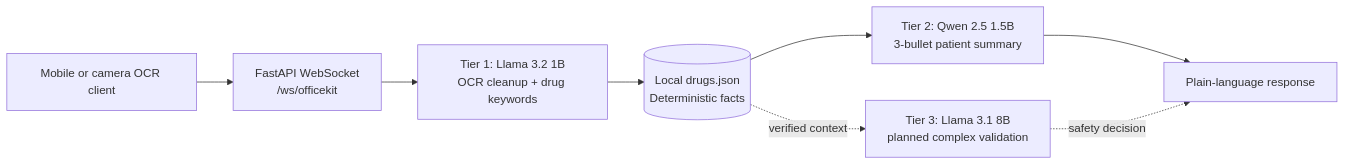
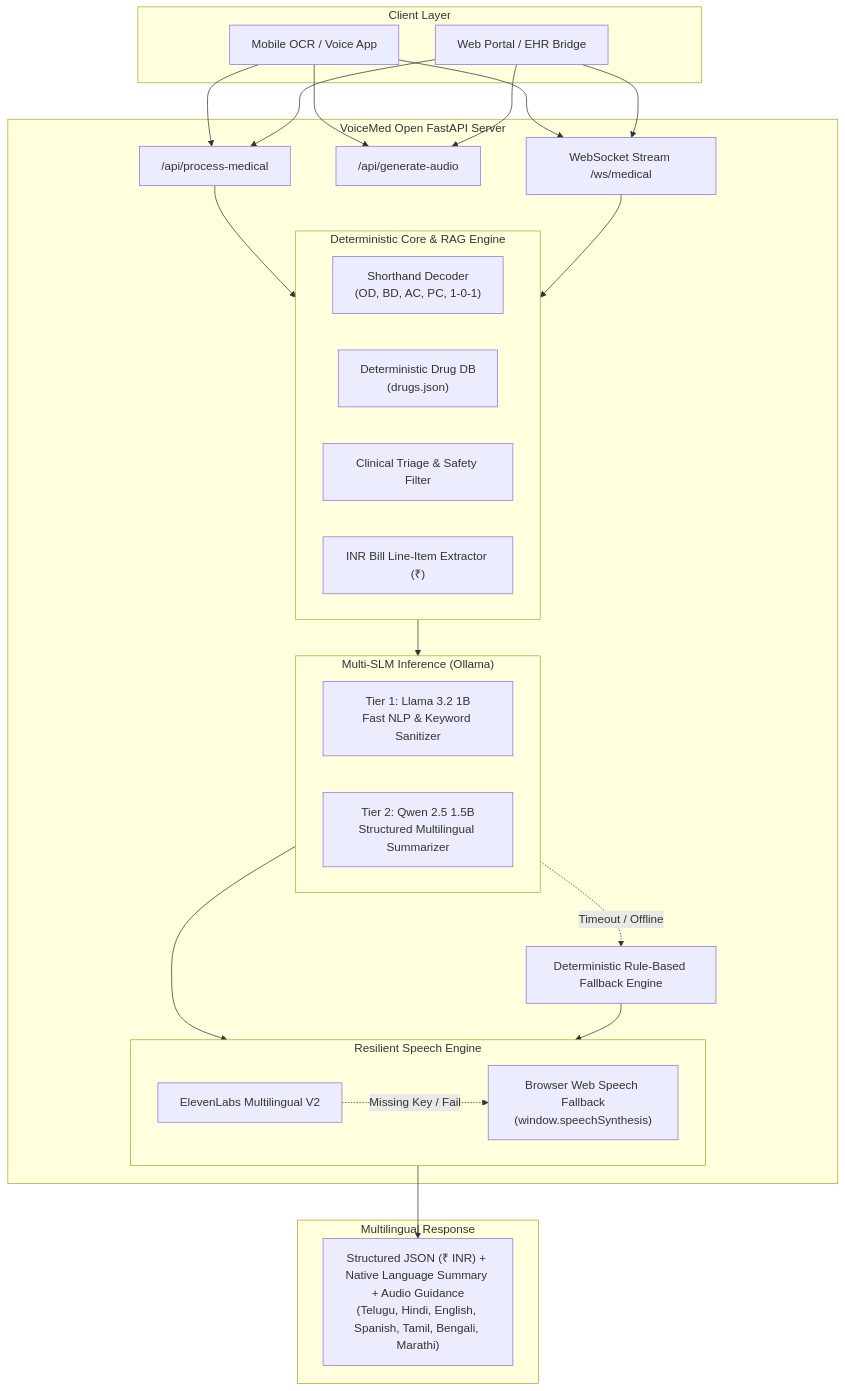
The second of 2 diagrams in README.md (flashvenkat/CircuitHealth-AI), drawn with Mermaid before and after one commit. The commit also changed other lines of this file and 9 other files, not shown here.

````diff
--- a/README.md
+++ b/README.md
@@ -11,10 +95,44 @@
 ```mermaid
-flowchart LR
-    M[Mobile or camera OCR client] --> WS[FastAPI WebSocket\n/ws/officekit]
-    WS --> T1[Tier 1: Llama 3.2 1B\nOCR cleanup + drug keywords]
-    T1 --> RAG[(Local drugs.json\nDeterministic facts)]
-    RAG --> T2[Tier 2: Qwen 2.5 1.5B\n3-bullet patient summary]
-    T2 --> OUT[Plain-language response]
-    RAG -. verified context .-> T3[Tier 3: Llama 3.1 8B\nplanned complex validation]
-    T3 -. safety decision .-> OUT
+flowchart TD
+    subgraph Client ["Client Layer"]
+        A[Mobile OCR / Voice App]
+        B[Web Portal / EHR Bridge]
+    end
+
+    subgraph Backend ["VoiceMed Open FastAPI Server"]
+        Router["/api/process-medical"]
+        AudioRouter["/api/generate-audio"]
+        WS["WebSocket Stream /ws/medical"]
+        
+        subgraph CoreEngine ["Deterministic Core & RAG Engine"]
+            ShorthandEngine["Shorthand Decoder\n(OD, BD, AC, PC, 1-0-1)"]
+            LocalRAG["Deterministic Drug DB\n(drugs.json)"]
+            TriageRules["Clinical Triage & Safety Filter"]
+            BillParser["INR Bill Line-Item Extractor (₹)"]
+        end
+
+        subgraph SLM ["Multi-SLM Inference (Ollama)"]
+            T1["Tier 1: Llama 3.2 1B\nFast NLP & Keyword Sanitizer"]
+            T2["Tier 2: Qwen 2.5 1.5B\nStructured Multilingual Summarizer"]
+        end
+
+        subgraph AudioGen ["Resilient Speech Engine"]
+            EL["ElevenLabs Multilingual V2"]
+            WSF["Browser Web Speech Fallback\n(window.speechSynthesis)"]
+        end
+
+        Fallback["Deterministic Rule-Based Fallback Engine"]
+    end
+
+    subgraph Output ["Multilingual Response"]
+        OUT["Structured JSON (₹ INR) + Native Language Summary + Audio Guidance\n(Telugu, Hindi, English, Spanish, Tamil, Bengali, Marathi)"]
+    end
+
+    A & B --> Router & WS & AudioRouter
+    Router & WS --> CoreEngine
+    CoreEngine --> SLM
+    SLM -. Timeout / Offline .-> Fallback
+    SLM & Fallback --> AudioGen
+    EL -. Missing Key / Fail .-> WSF
+    AudioGen --> OUT
 ```
````
